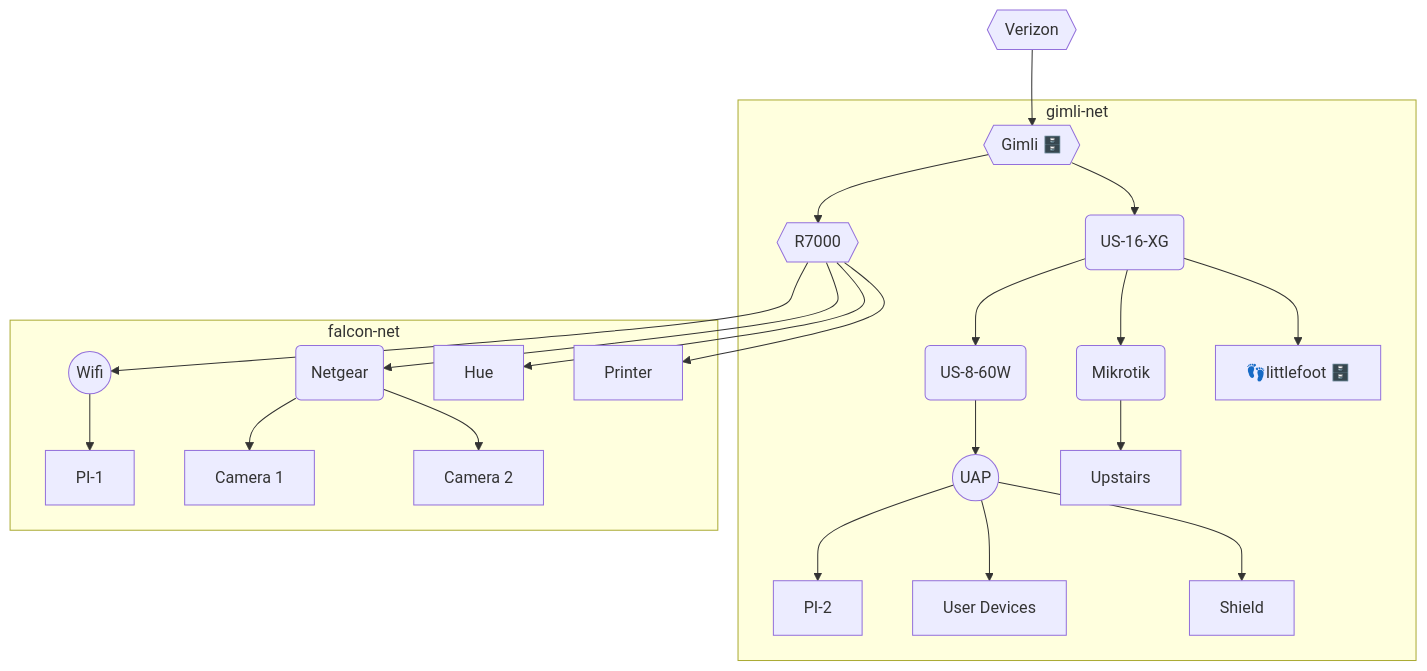
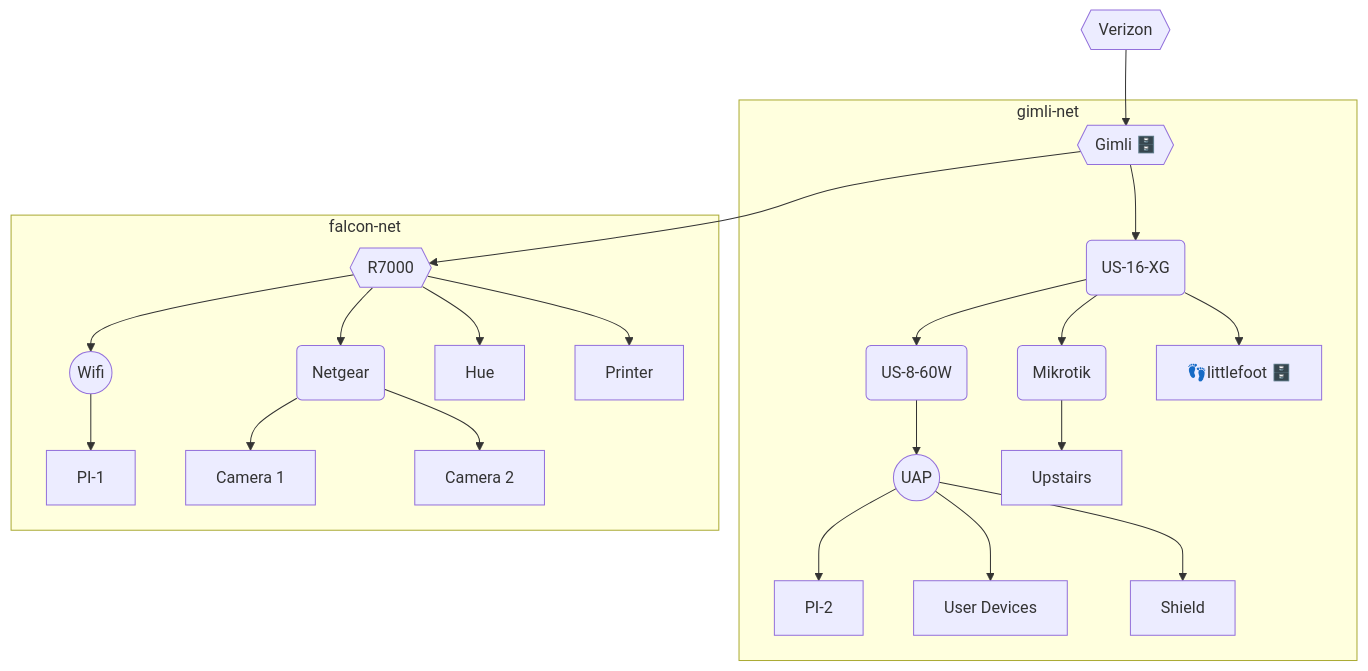
The diagram in net-diagram.md (marklester/lesterlab), drawn with Mermaid before and after one commit.

Commit message:
put r7000 in right subgraph

````diff
--- a/net-diagram.md
+++ b/net-diagram.md
@@ -1,25 +1,26 @@
 ```mermaid
 graph TD
     V{{Verizon}} -->G{{"Gimli 🗄️"}}
     subgraph gimli-net
-    G-->R{{R7000}}
+
     G  --> XG(US-16-XG)
     XG --> U8(US-8-60W)
     XG --> M(Mikrotik)
     XG -->L["👣littlefoot 🗄️"]
     U8 -->UAP((UAP))
     UAP-->PI2[PI-2]
     UAP-->D[User Devices]
     UAP-->SH[Shield]
     M--> UP[Upstairs]
     end
     subgraph falcon-net
+    G-->R{{R7000}}
     R-->N8(Netgear)
     R-->NW((Wifi))
     NW-->PI1[PI-1]
     N8-->C[Camera 1]
     N8-->C2[Camera 2]
     R-->H[Hue]
     R-->B[Printer]
     end
 ```
````
